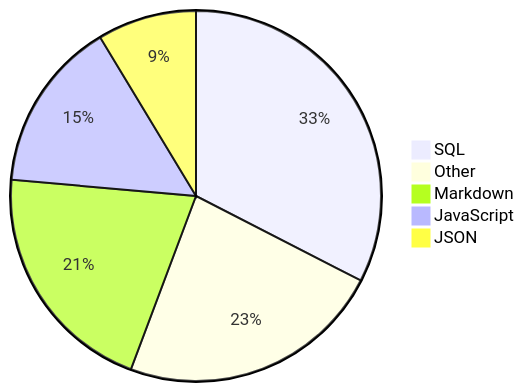
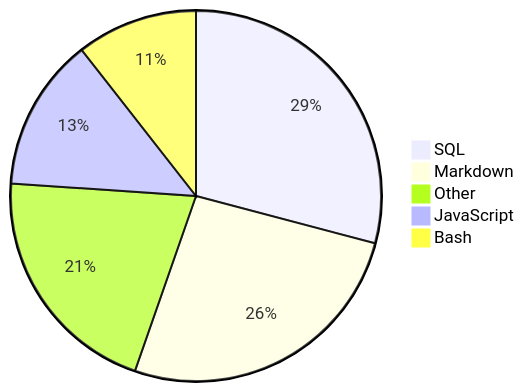
The diagram in README.md (Alicia111/alicia111), drawn with Mermaid before and after one commit.

Commit message:
Update WakaTime stats (・ω・)b

````diff
--- a/README.md
+++ b/README.md
@@ -32,8 +32,8 @@
 ```mermaid
 pie
-    "SQL" : 26.87
-    "Other" : 19.13
-    "Markdown" : 17.08
-    "JavaScript" : 12.34
-    "JSON" : 7.14
+    "SQL" : 24.27
+    "Markdown" : 21.87
+    "Other" : 17.28
+    "JavaScript" : 11.14
+    "Bash" : 8.81
 ```
````
